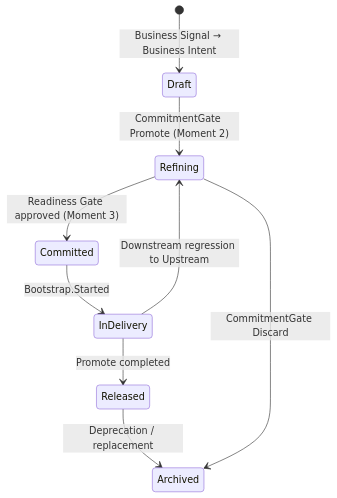
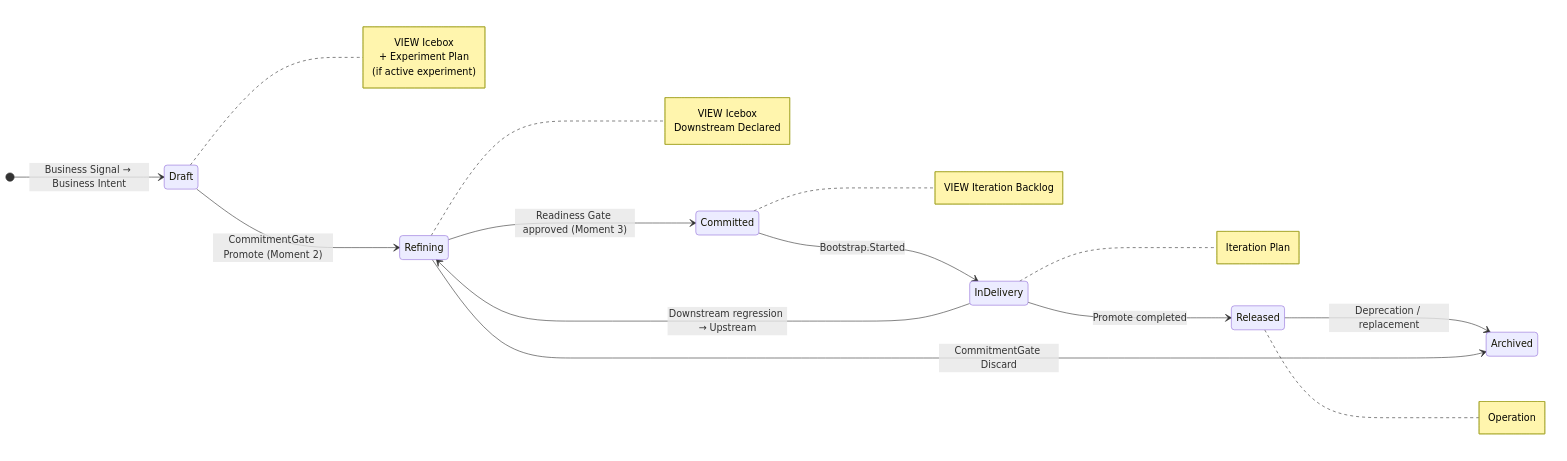
One commit to produtoreativo/from-intent-to-outcome changed the first of 2 diagrams in en/chapter-08.md. Above: the diagram before and after it, drawn with Mermaid. The commit also changed 5 other files, not shown here.

First line of the commit message:
feat(book): adiciona diagramas de backlogs em caps 3, 5 e 8 (PT+EN)

````diff
--- a/en/chapter-08.md
+++ b/en/chapter-08.md
@@ -46,11 +46,31 @@
 ```mermaid
 stateDiagram-v2
+    direction LR
     [*] --> Draft : Business Signal → Business Intent
     Draft --> Refining : CommitmentGate Promote (Moment 2)
     Refining --> Committed : Readiness Gate approved (Moment 3)
     Committed --> InDelivery : Bootstrap.Started
     InDelivery --> Released : Promote completed
     Released --> Archived : Deprecation / replacement
     Refining --> Archived : CommitmentGate Discard
-    InDelivery --> Refining : Downstream regression to Upstream
+    InDelivery --> Refining : Downstream regression → Upstream
+
+    note right of Draft
+        VIEW Icebox
+        + Experiment Plan
+        (if active experiment)
+    end note
+    note right of Refining
+        VIEW Icebox
+        Downstream Declared
+    end note
+    note right of Committed
+        VIEW Iteration Backlog
+    end note
+    note right of InDelivery
+        Iteration Plan
+    end note
+    note right of Released
+        Operation
+    end note
 ```
````
